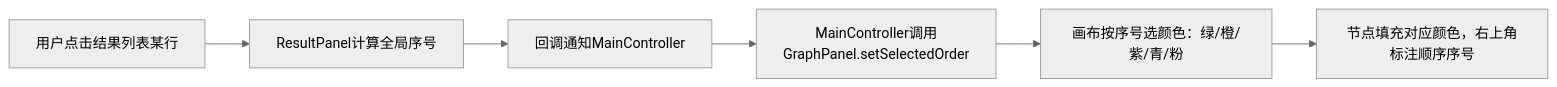
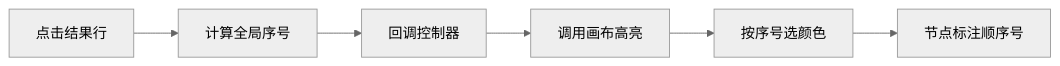
One commit to yyj138/topological-sort changed the third of 4 diagrams in docs/B/详细设计-GUI与控制模块.md. Above: the diagram before and after it, drawn with Mermaid (neutral theme). The commit also changed other lines of this file, not shown here.

Commit message:
【B】缩短mermaid图内文字，避免显示不全

````diff
--- a/docs/B/详细设计-GUI与控制模块.md
+++ b/docs/B/详细设计-GUI与控制模块.md
@@ -71,8 +71,8 @@
 ```mermaid
 flowchart LR
-    A[用户点击结果列表某行] --> B[ResultPanel计算全局序号]
-    B --> C[回调通知MainController]
-    C --> D[MainController调用GraphPanel.setSelectedOrder]
-    D --> E[画布按序号选颜色：绿/橙/紫/青/粉]
-    E --> F[节点填充对应颜色，右上角标注顺序序号]
+    A[点击结果行] --> B[计算全局序号]
+    B --> C[回调控制器]
+    C --> D[调用画布高亮]
+    D --> E[按序号选颜色]
+    E --> F[节点标注顺序号]
 ```
````
